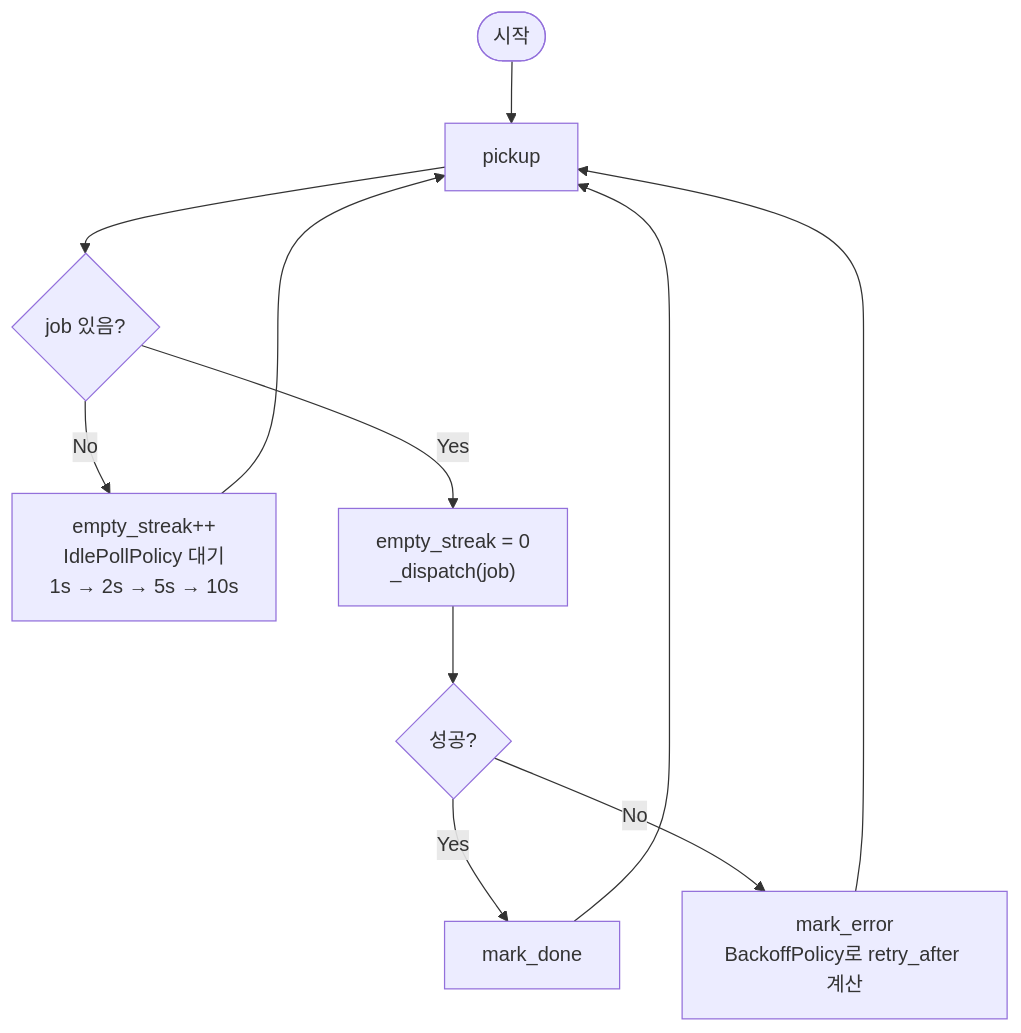
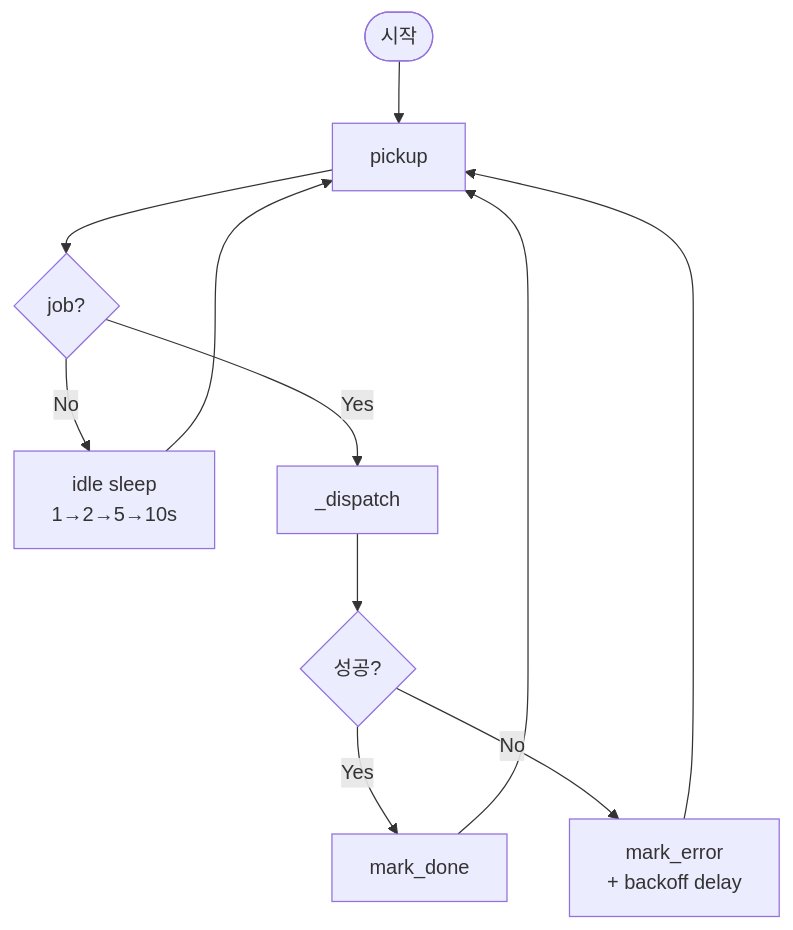
The sixth of 8 diagrams in docs/developer/architecture.md (changhyeon363/pqrun), drawn with Mermaid before and after one commit. The commit also changed other lines of this file and 9 other files, not shown here.

````diff
--- a/docs/developer/architecture.md
+++ b/docs/developer/architecture.md
@@ -149,13 +145,13 @@
 ```mermaid
 flowchart TD
-    S([시작]) --> P[pickup]
-    P --> Q{job 있음?}
-    Q -- No  --> I["empty_streak++<br/>IdlePollPolicy 대기<br/>1s → 2s → 5s → 10s"]
+    ST([시작]) --> P[pickup]
+    P --> Q{job?}
+    Q -- No  --> I["idle sleep<br/>1→2→5→10s"]
     I --> P
-    Q -- Yes --> R["empty_streak = 0<br/>_dispatch(job)"]
+    Q -- Yes --> R[_dispatch]
     R --> V{성공?}
     V -- Yes --> D[mark_done]
-    V -- No  --> E["mark_error<br/>BackoffPolicy로 retry_after 계산"]
+    V -- No  --> E["mark_error<br/>+ backoff delay"]
     D --> P
     E --> P
 ```
````
